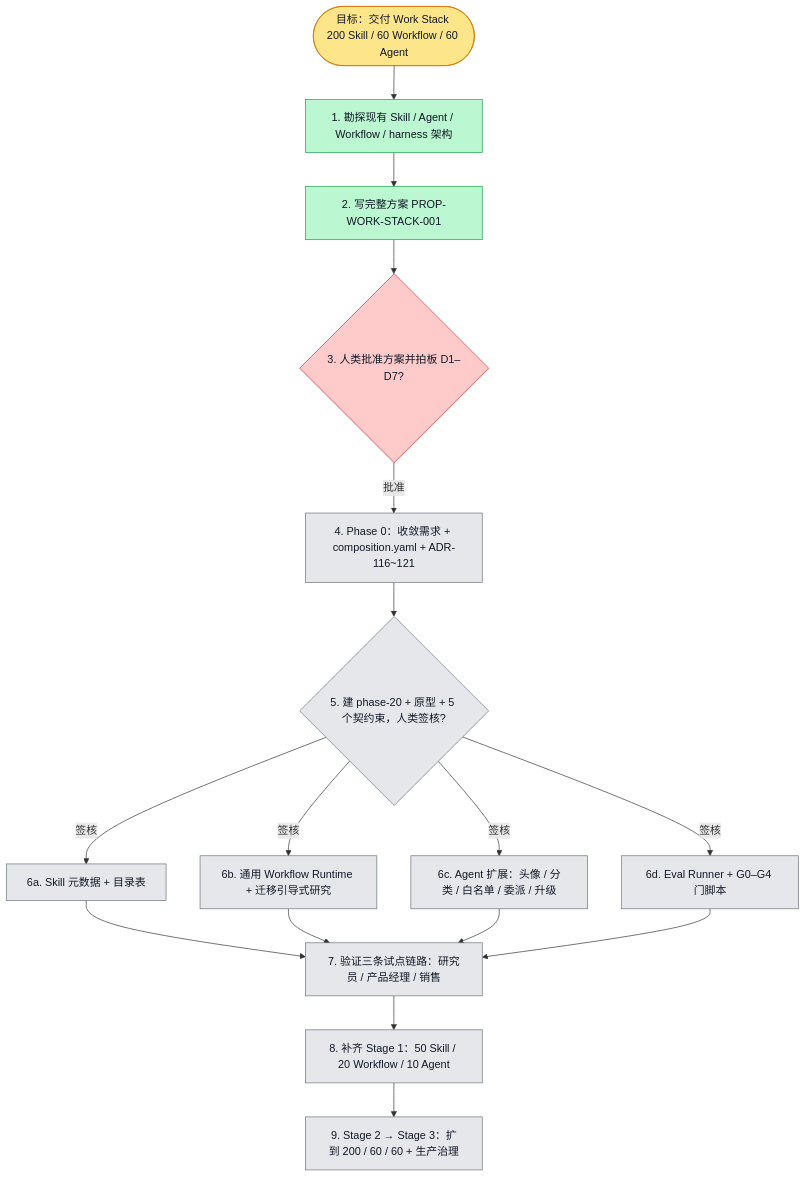
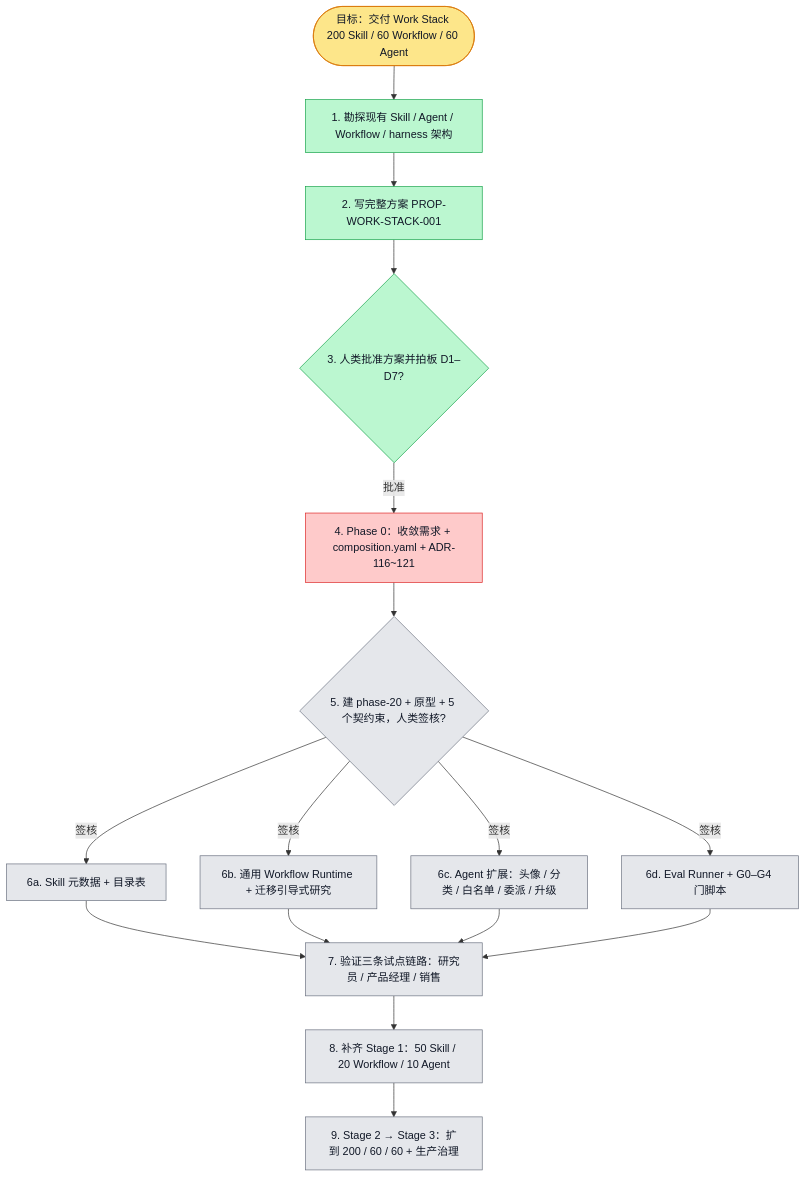
Before and after one commit to boardx/workspacex: the diagram in docs/proposals/PROP-WORK-STACK-001.plan.md, drawn with Mermaid. The commit also changed other lines of this file, not shown here.

Commit message:
docs(proposal): mark Phase 0 blocked on Work Stack v2 (#4523)
Claude-Session: https://claude.ai/code/session_01AktcNKdGsxfAT96ihaeZsq

````diff
--- a/docs/proposals/PROP-WORK-STACK-001.plan.md
+++ b/docs/proposals/PROP-WORK-STACK-001.plan.md
@@ -18,42 +18,42 @@
 ```mermaid
 flowchart TD
   G([目标：交付 Work Stack 200 Skill / 60 Workflow / 60 Agent])
   R1[1. 勘探现有 Skill / Agent / Workflow / harness 架构]
   R2[2. 写完整方案 PROP-WORK-STACK-001]
   H1{3. 人类批准方案并拍板 D1–D7?}
   P0[4. Phase 0：收敛需求 + composition.yaml + ADR-116~121]
   H2{5. 建 phase-20 + 原型 + 5 个契约束，人类签核?}
   A1[6a. Skill 元数据 + 目录表]
   A2[6b. 通用 Workflow Runtime + 迁移引导式研究]
   A3[6c. Agent 扩展：头像 / 分类 / 白名单 / 委派 / 升级]
   A4[6d. Eval Runner + G0–G4 门脚本]
   V1[7. 验证三条试点链路：研究员 / 产品经理 / 销售]
   C1[8. 补齐 Stage 1：50 Skill / 20 Workflow / 10 Agent]
   X1[9. Stage 2 → Stage 3：扩到 200 / 60 / 60 + 生产治理]
 
   G --> R1 --> R2 --> H1
   H1 -- 批准 --> P0 --> H2
   H2 -- 签核 --> A1 & A2 & A3 & A4
   A1 & A2 & A3 & A4 --> V1 --> C1 --> X1
 
   classDef todo fill:#e5e7eb,stroke:#6b7280,color:#111827
   classDef doing fill:#fde68a,stroke:#d97706,color:#111827
   classDef done fill:#bbf7d0,stroke:#16a34a,color:#111827
   classDef tested fill:#ddd6fe,stroke:#7c3aed,color:#111827
   classDef blocked fill:#fecaca,stroke:#dc2626,color:#111827
 
   class G doing
   class R1 done
   class R2 done
-  class H1 blocked
-  %% blocked H1: 等人类批准方案并拍板 D1–D7（方案第 9 节）
-  class P0 todo
+  class H1 done
+  class P0 blocked
+  %% blocked P0: 批准后 main 合入 #4523（Work Stack v2），权威需求、组合图、实时数字人范围都变了，需人类确认新方向
   class H2 todo
   class A1 todo
   class A2 todo
   class A3 todo
   class A4 todo
   class V1 todo
   class C1 todo
   class X1 todo
 ```
````
